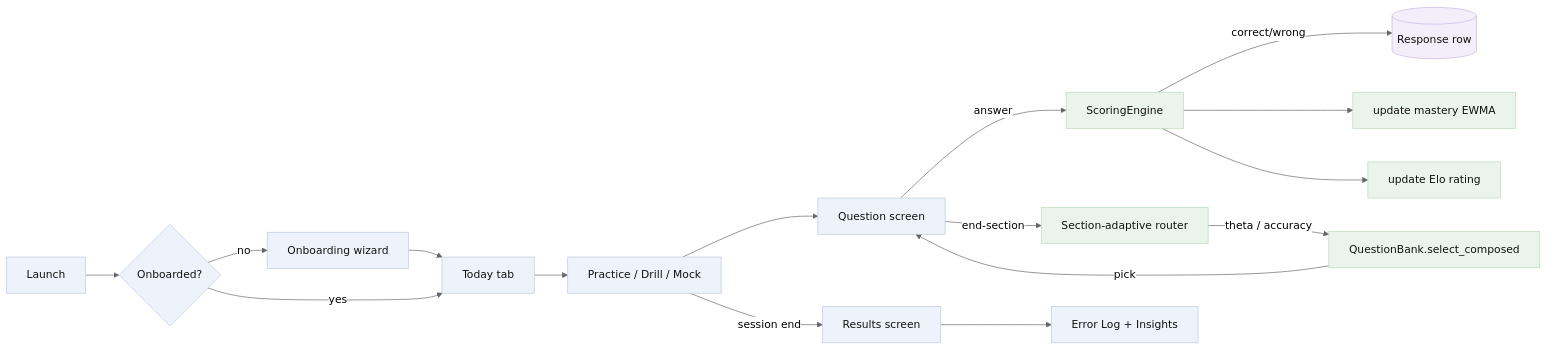
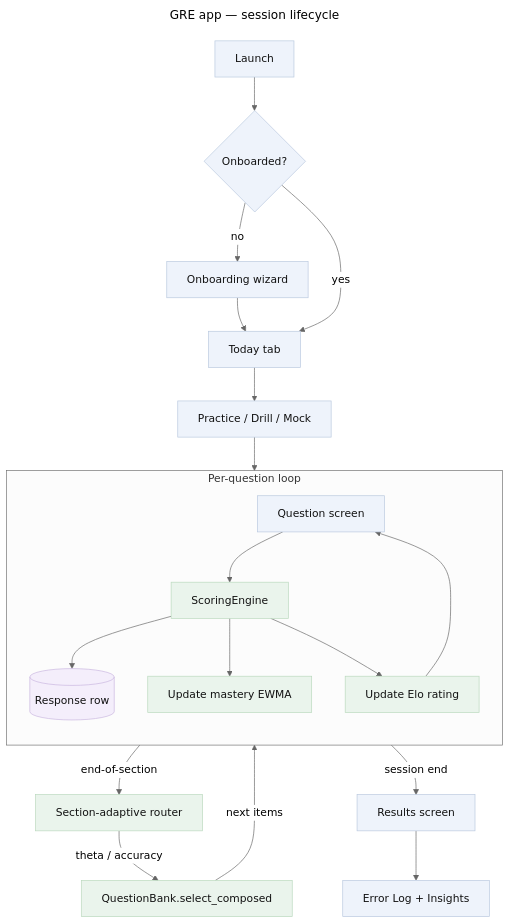
One commit to badalpardhi12/gre_with_ai changed the first of 6 diagrams in README.md. Above: the diagram before and after it, drawn with Mermaid (neutral theme). The commit also changed other lines of this file, not shown here.

Commit message:
Refine README Mermaid diagrams per mermaid-diagrams skill (vertical + focused)

````diff
--- a/README.md
+++ b/README.md
@@ -58,20 +60,31 @@
 ```mermaid
-flowchart LR
+---
+title: GRE app — session lifecycle
+---
+flowchart TB
   L[Launch]:::ui --> O{Onboarded?}:::ui
-  O -- no --> W[Onboarding wizard]:::ui --> T
-  O -- yes --> T[Today tab]:::ui
+  O -- no --> W[Onboarding wizard]:::ui
+  W --> T[Today tab]:::ui
+  O -- yes --> T
   T --> P[Practice / Drill / Mock]:::ui
-  P --> QS[Question screen]:::ui
-  QS -- answer --> SE[ScoringEngine]:::core
-  SE -- correct/wrong --> RDB[(Response row)]:::db
-  SE --> MU[update mastery EWMA]:::core
-  SE --> RU[update Elo rating]:::core
-  QS -- end-section --> SA[Section-adaptive router]:::core
+  P --> QL
+
+  subgraph QL[Per-question loop]
+    direction TB
+    QS[Question screen]:::ui --> SE[ScoringEngine]:::core
+    SE --> RDB[(Response row)]:::db
+    SE --> MU[Update mastery EWMA]:::core
+    SE --> RU[Update Elo rating]:::core
+    RU --> QS
+  end
+
+  QL -- end-of-section --> SA[Section-adaptive router]:::core
   SA -- theta / accuracy --> QB[QuestionBank.select_composed]:::core
-  QB -- pick --> QS
-  P -- session end --> RES[Results screen]:::ui
+  QB -- next items --> QL
+  QL -- session end --> RES[Results screen]:::ui
   RES --> IL[Error Log + Insights]:::ui
+
   classDef ui fill:#eef3fb,stroke:#b9c8de,color:#111;
   classDef core fill:#eaf4ec,stroke:#b9d8bd,color:#111;
   classDef db fill:#f4eefb,stroke:#c9b6e0,color:#111;
 ```
````
